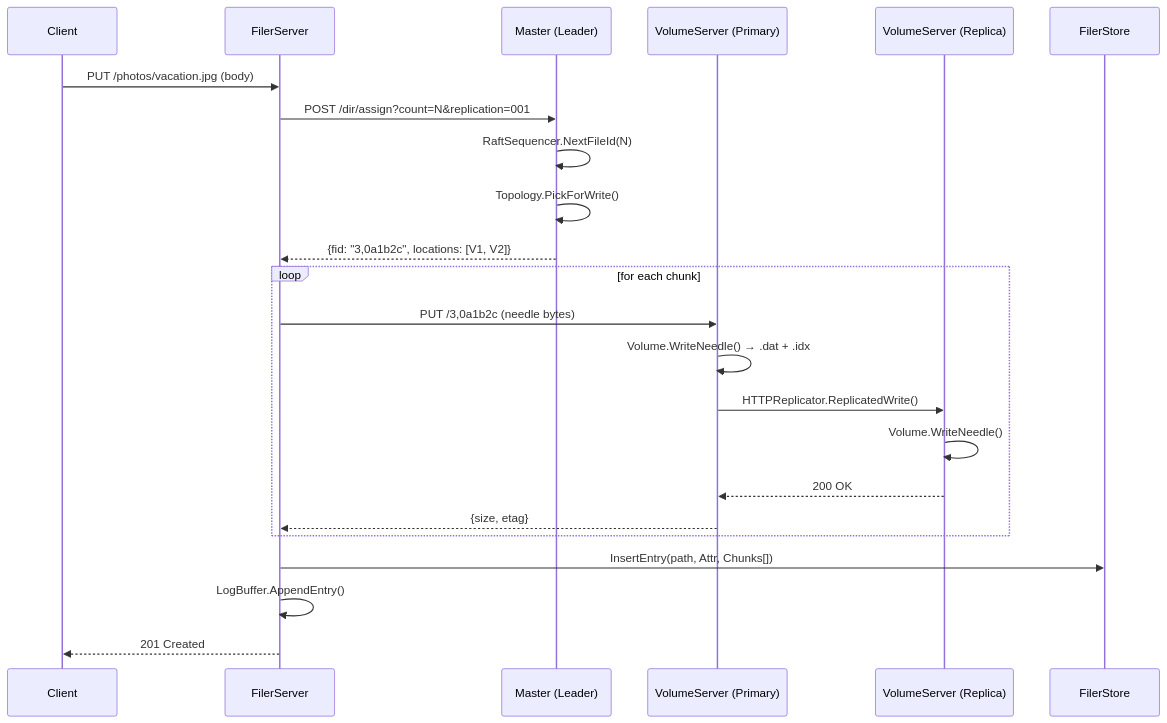
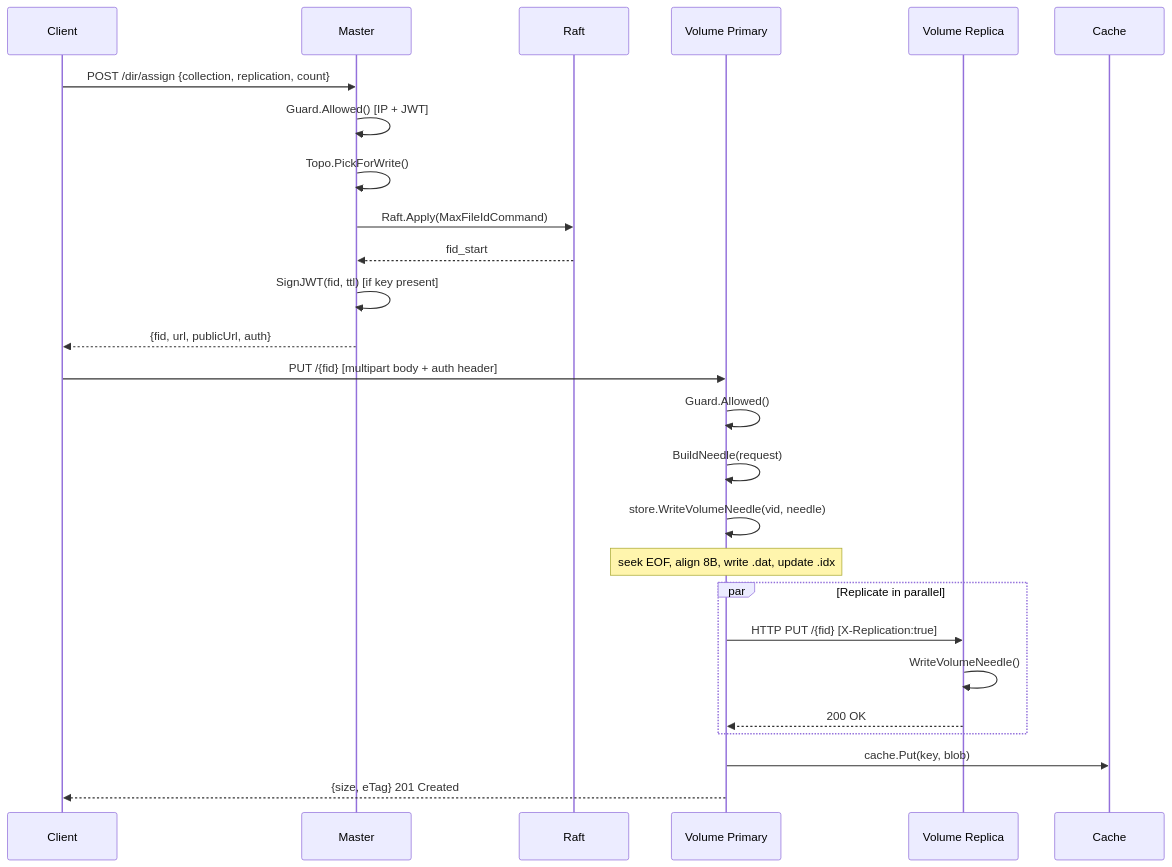
Before and after one commit to Khanh-21522203/GoBlob: the sixth of 15 diagrams in design/diagrams.md, drawn with Mermaid. The commit also changed other lines of this file, not shown here.

Commit message:
dia: diagram knowledge

````diff
--- a/design/diagrams.md
+++ b/design/diagrams.md
@@ -194,26 +235,32 @@
 ```mermaid
 sequenceDiagram
     participant C as Client
-    participant F as FilerServer
-    participant M as Master (Leader)
-    participant V1 as VolumeServer (Primary)
-    participant V2 as VolumeServer (Replica)
-    participant FS as FilerStore
+    participant MS as Master
+    participant RT as Raft
+    participant VS as Volume Primary
+    participant VR as Volume Replica
+    participant CA as Cache
 
-    C->>F: PUT /photos/vacation.jpg (body)
-    F->>M: POST /dir/assign?count=N&replication=001
-    M->>M: RaftSequencer.NextFileId(N)
-    M->>M: Topology.PickForWrite()
-    M-->>F: {fid: "3,0a1b2c", locations: [V1, V2]}
-    loop for each chunk
-        F->>V1: PUT /3,0a1b2c (needle bytes)
-        V1->>V1: Volume.WriteNeedle() → .dat + .idx
-        V1->>V2: HTTPReplicator.ReplicatedWrite()
-        V2->>V2: Volume.WriteNeedle()
-        V2-->>V1: 200 OK
-        V1-->>F: {size, etag}
+    C->>MS: POST /dir/assign {collection, replication, count}
+    MS->>MS: Guard.Allowed() [IP + JWT]
+    MS->>MS: Topo.PickForWrite()
+    MS->>RT: Raft.Apply(MaxFileIdCommand)
+    RT-->>MS: fid_start
+    MS->>MS: SignJWT(fid, ttl) [if key present]
+    MS-->>C: {fid, url, publicUrl, auth}
+
+    C->>VS: PUT /{fid} [multipart body + auth header]
+    VS->>VS: Guard.Allowed()
+    VS->>VS: BuildNeedle(request)
+    VS->>VS: store.WriteVolumeNeedle(vid, needle)
+    Note over VS: seek EOF, align 8B, write .dat, update .idx
+
+    par Replicate in parallel
+        VS->>VR: HTTP PUT /{fid} [X-Replication:true]
+        VR->>VR: WriteVolumeNeedle()
+        VR-->>VS: 200 OK
     end
-    F->>FS: InsertEntry(path, Attr, Chunks[])
-    F->>F: LogBuffer.AppendEntry()
-    F-->>C: 201 Created
+
+    VS->>CA: cache.Put(key, blob)
+    VS-->>C: {size, eTag} 201 Created
 ```
````
